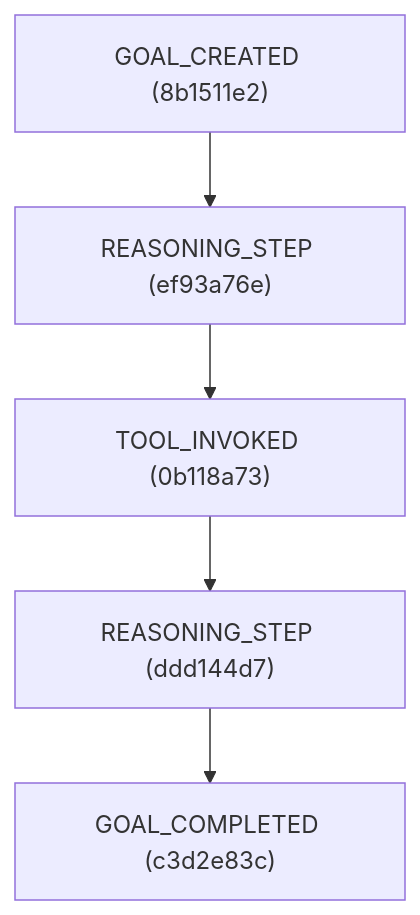
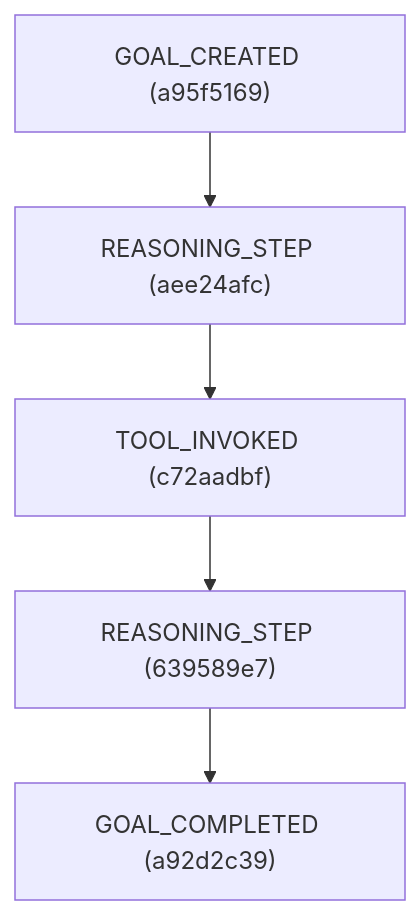
The first of 4 diagrams in research_paper_analysis_visualization.md (miltzhaw/langraph_playground), drawn with Mermaid before and after one commit. The commit also changed other lines of this file and 4 other files, not shown here.

````diff
--- a/research_paper_analysis_visualization.md
+++ b/research_paper_analysis_visualization.md
@@ -3,12 +3,12 @@
 ```mermaid
 graph TD
-    8b1511e2["GOAL_CREATED (8b1511e2)"]
-    ef93a76e["REASONING_STEP (ef93a76e)"]
-    0b118a73["TOOL_INVOKED (0b118a73)"]
-    ddd144d7["REASONING_STEP (ddd144d7)"]
-    c3d2e83c["GOAL_COMPLETED (c3d2e83c)"]
-    ddd144d7 --> c3d2e83c
-    8b1511e2 --> ef93a76e
-    0b118a73 --> ddd144d7
-    ef93a76e --> 0b118a73
+    a95f5169["GOAL_CREATED (a95f5169)"]
+    aee24afc["REASONING_STEP (aee24afc)"]
+    c72aadbf["TOOL_INVOKED (c72aadbf)"]
+    639589e7["REASONING_STEP (639589e7)"]
+    a92d2c39["GOAL_COMPLETED (a92d2c39)"]
+    639589e7 --> a92d2c39
+    a95f5169 --> aee24afc
+    aee24afc --> c72aadbf
+    c72aadbf --> 639589e7
 ```
````
